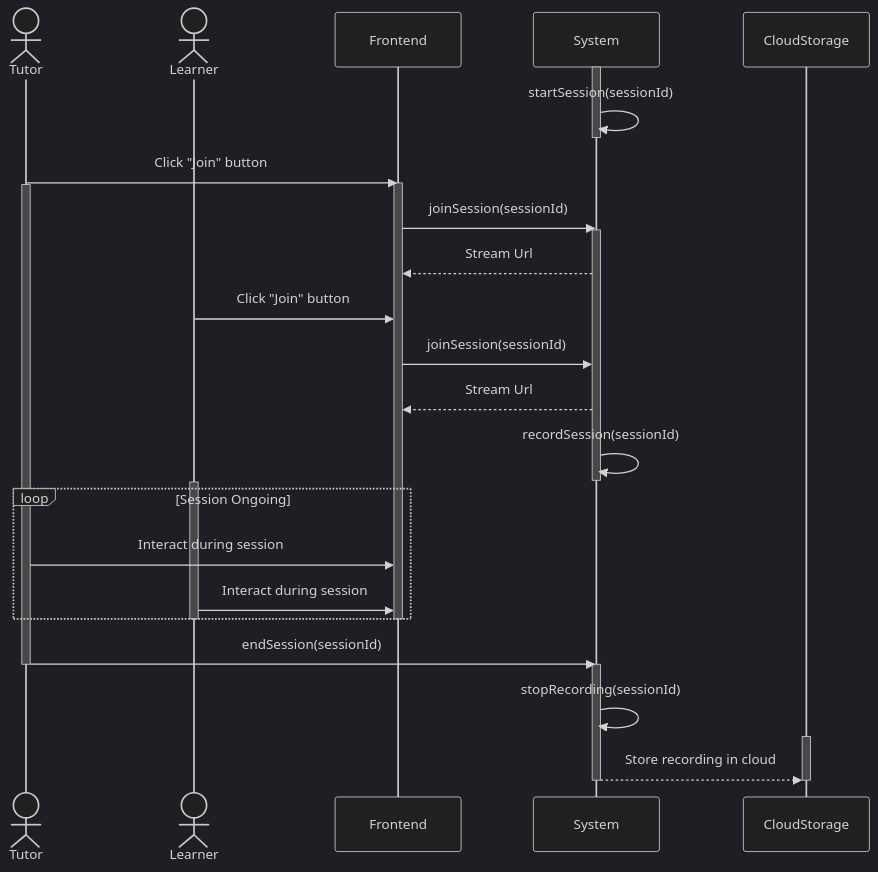
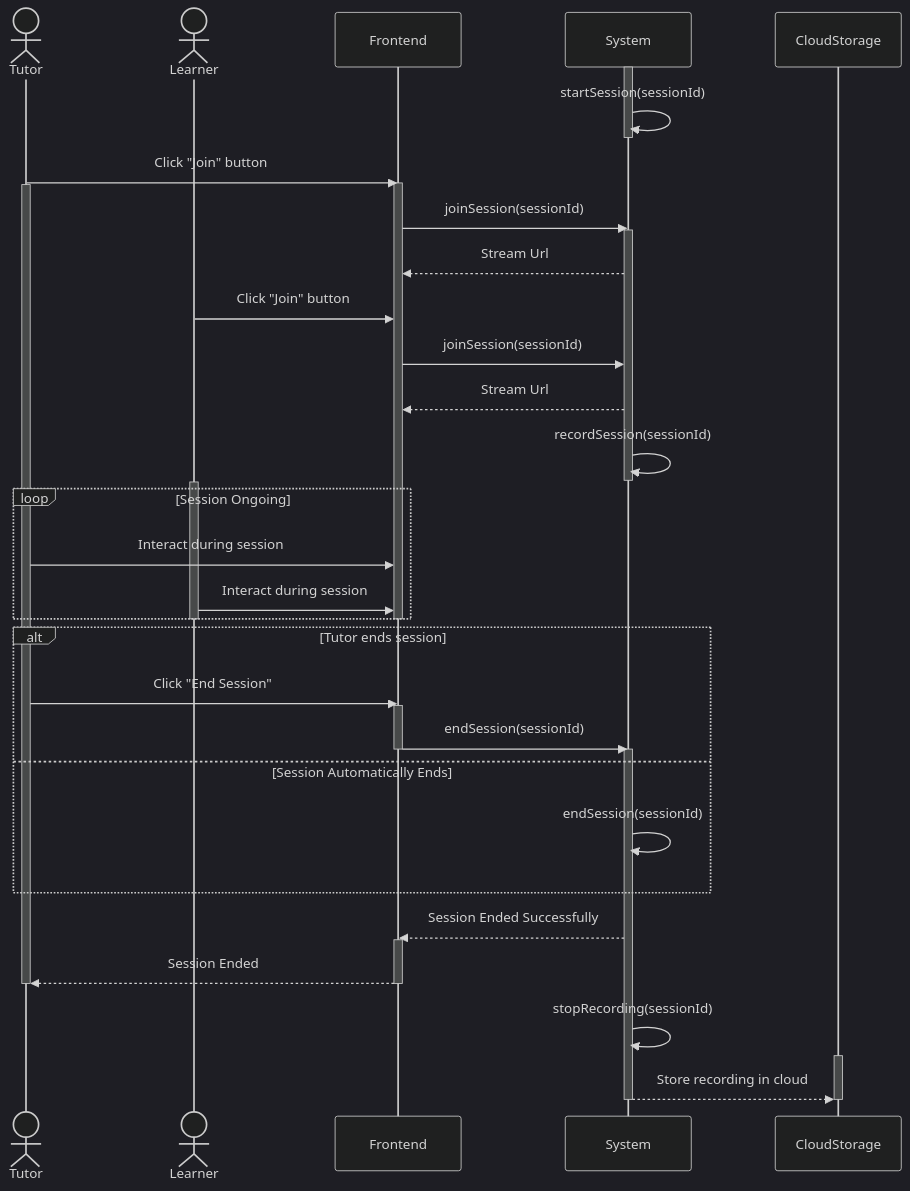
Before and after one commit to Shaar03/Diagrams: the diagram in hostAndRecordSession.mermaid, drawn with Mermaid (dark theme).

Commit message:
session can end automatically

```diff
--- a/hostAndRecordSession.mermaid
+++ b/hostAndRecordSession.mermaid
@@ -1,38 +1,49 @@
 sequenceDiagram
     actor Tutor
     actor Learner
     participant Frontend
     participant System
 
     activate System
     System->>System: startSession(sessionId)
     deactivate System
 
     Tutor->>Frontend: Click "Join" button
     activate Frontend
     activate Tutor
     
     Frontend->>System: joinSession(sessionId)
     activate System
     System-->>Frontend: Stream Url
     Learner->>Frontend: Click "Join" button
     Frontend->>System: joinSession(sessionId)
     System-->>Frontend: Stream Url
     System->>System: recordSession(sessionId)
     deactivate System
     activate Learner
     loop Session Ongoing
         Tutor->>Frontend: Interact during session
         Learner->>Frontend: Interact during session
     end
     deactivate Frontend
     deactivate Learner
 
-    Tutor->>System: endSession(sessionId)
+    alt Tutor ends session
+        Tutor->>Frontend: Click "End Session" 
+        activate Frontend
+        Frontend->>System: endSession(sessionId)
+        activate System
+        deactivate Frontend
+    else Session Automatically Ends
+        System ->> System: endSession(sessionId)
+    end
+    System-->>Frontend: Session Ended Successfully
+    activate Frontend
+    Frontend-->>Tutor: Session Ended
+    deactivate Frontend
     deactivate Tutor
-    activate System
     System->>System: stopRecording(sessionId)
     activate CloudStorage
     System-->>CloudStorage: Store recording in cloud
     deactivate System
     deactivate CloudStorage
```
